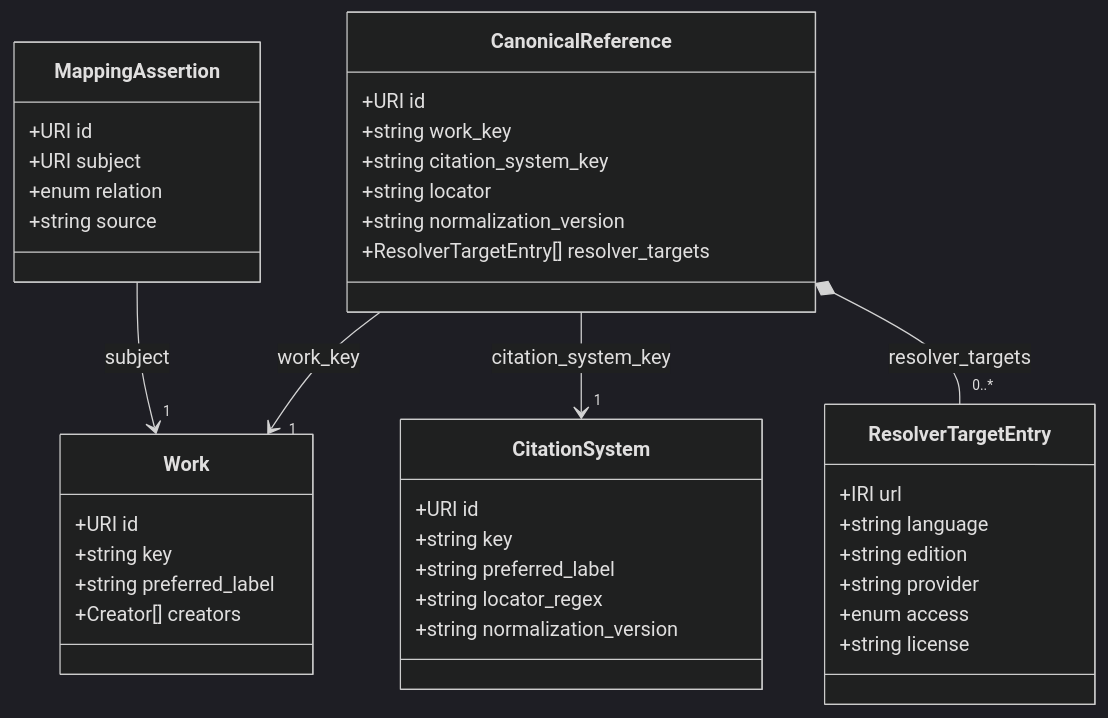
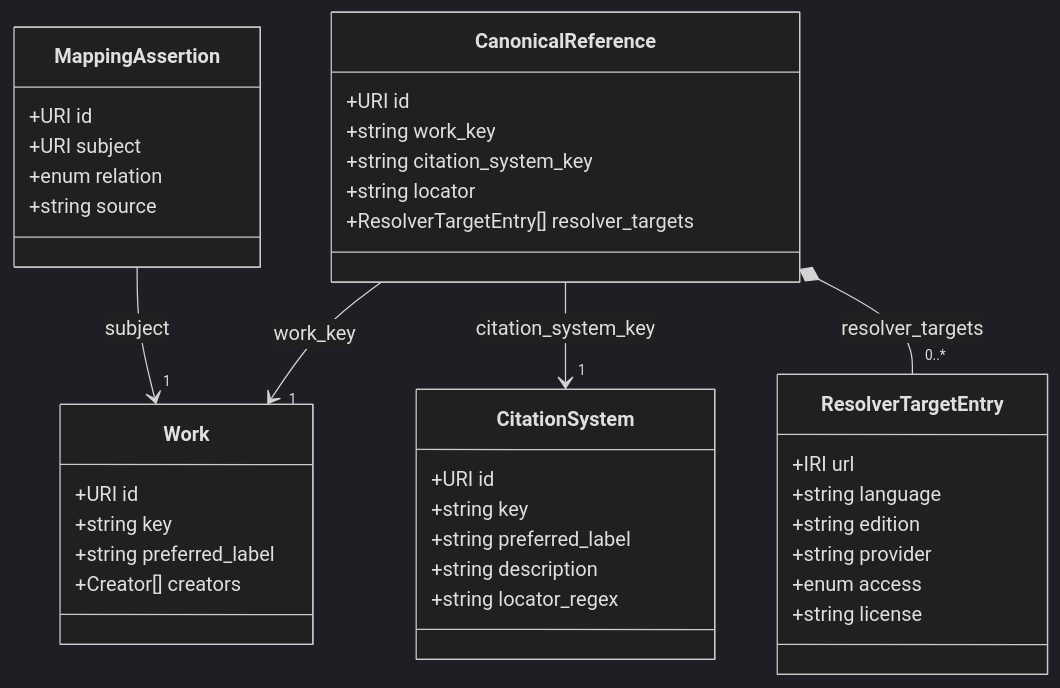
Before and after one commit to maehr/textrefs.org: the diagram in src/content/docs/standard/specification.md, drawn with Mermaid (dark theme). The commit also changed other lines of this file and 18 other files, not shown here.

````diff
--- a/src/content/docs/standard/specification.md
+++ b/src/content/docs/standard/specification.md
@@ -65,42 +65,41 @@
 ```mermaid
 classDiagram
     class Work {
         +URI id
         +string key
         +string preferred_label
         +Creator[] creators
     }
     class CitationSystem {
         +URI id
         +string key
         +string preferred_label
+        +string description
         +string locator_regex
-        +string normalization_version
     }
     class CanonicalReference {
         +URI id
         +string work_key
         +string citation_system_key
         +string locator
-        +string normalization_version
         +ResolverTargetEntry[] resolver_targets
     }
     class ResolverTargetEntry {
         +IRI url
         +string language
         +string edition
         +string provider
         +enum access
         +string license
     }
     class MappingAssertion {
         +URI id
         +URI subject
         +enum relation
         +string source
     }
     CanonicalReference --> "1" Work : work_key
     CanonicalReference --> "1" CitationSystem : citation_system_key
     CanonicalReference *-- "0..*" ResolverTargetEntry : resolver_targets
     MappingAssertion --> "1" Work : subject
 ```
````
